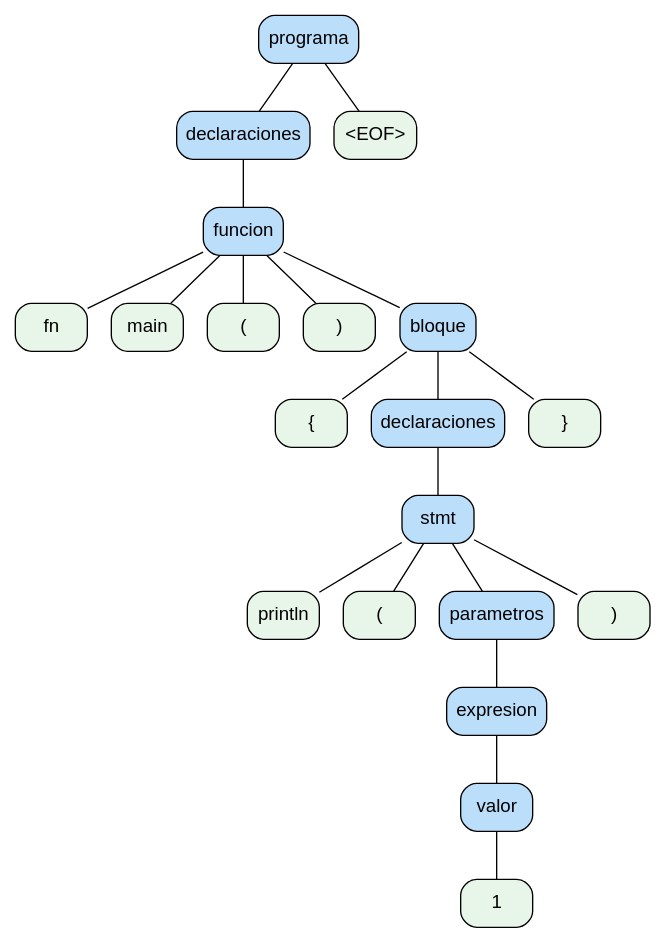
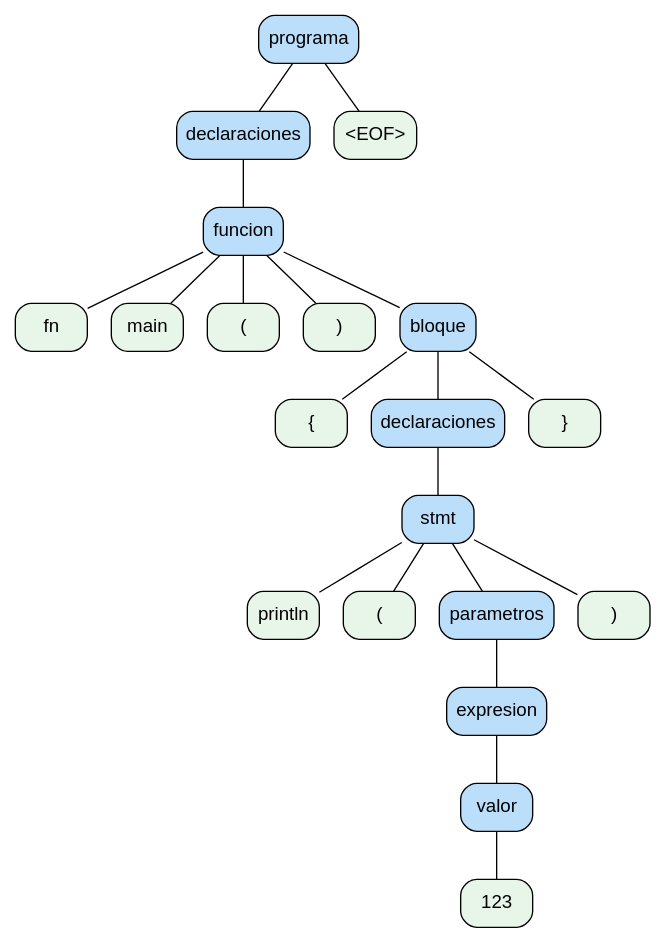
One commit to YairCarrito45/-OLC2_Proyecto2_G19 changed the diagram in ast.dot. Above: the diagram before and after it, drawn with Graphviz. The commit also changed 5 other files, not shown here.

```diff
--- a/ast.dot
+++ b/ast.dot
@@ -1,43 +1,43 @@
 digraph G {
   node [shape=box, style="rounded,filled", fontname="Arial"];
   edge [arrowhead=none];
   0 [label="programa", fillcolor="#bbdefb"];
   1 [label="declaraciones", fillcolor="#bbdefb"];
   2 [label="funcion", fillcolor="#bbdefb"];
   3 [label="fn", fillcolor="#e8f5e9"];
   2 -> 3;
   4 [label="main", fillcolor="#e8f5e9"];
   2 -> 4;
   5 [label="(", fillcolor="#e8f5e9"];
   2 -> 5;
   6 [label=")", fillcolor="#e8f5e9"];
   2 -> 6;
   7 [label="bloque", fillcolor="#bbdefb"];
   8 [label="{", fillcolor="#e8f5e9"];
   7 -> 8;
   9 [label="declaraciones", fillcolor="#bbdefb"];
   10 [label="stmt", fillcolor="#bbdefb"];
   11 [label="println", fillcolor="#e8f5e9"];
   10 -> 11;
   12 [label="(", fillcolor="#e8f5e9"];
   10 -> 12;
   13 [label="parametros", fillcolor="#bbdefb"];
   14 [label="expresion", fillcolor="#bbdefb"];
   15 [label="valor", fillcolor="#bbdefb"];
-  16 [label="1", fillcolor="#e8f5e9"];
+  16 [label="123", fillcolor="#e8f5e9"];
   15 -> 16;
   14 -> 15;
   13 -> 14;
   10 -> 13;
   17 [label=")", fillcolor="#e8f5e9"];
   10 -> 17;
   9 -> 10;
   7 -> 9;
   18 [label="}", fillcolor="#e8f5e9"];
   7 -> 18;
   2 -> 7;
   1 -> 2;
   0 -> 1;
   19 [label="<EOF>", fillcolor="#e8f5e9"];
   0 -> 19;
 }
```
